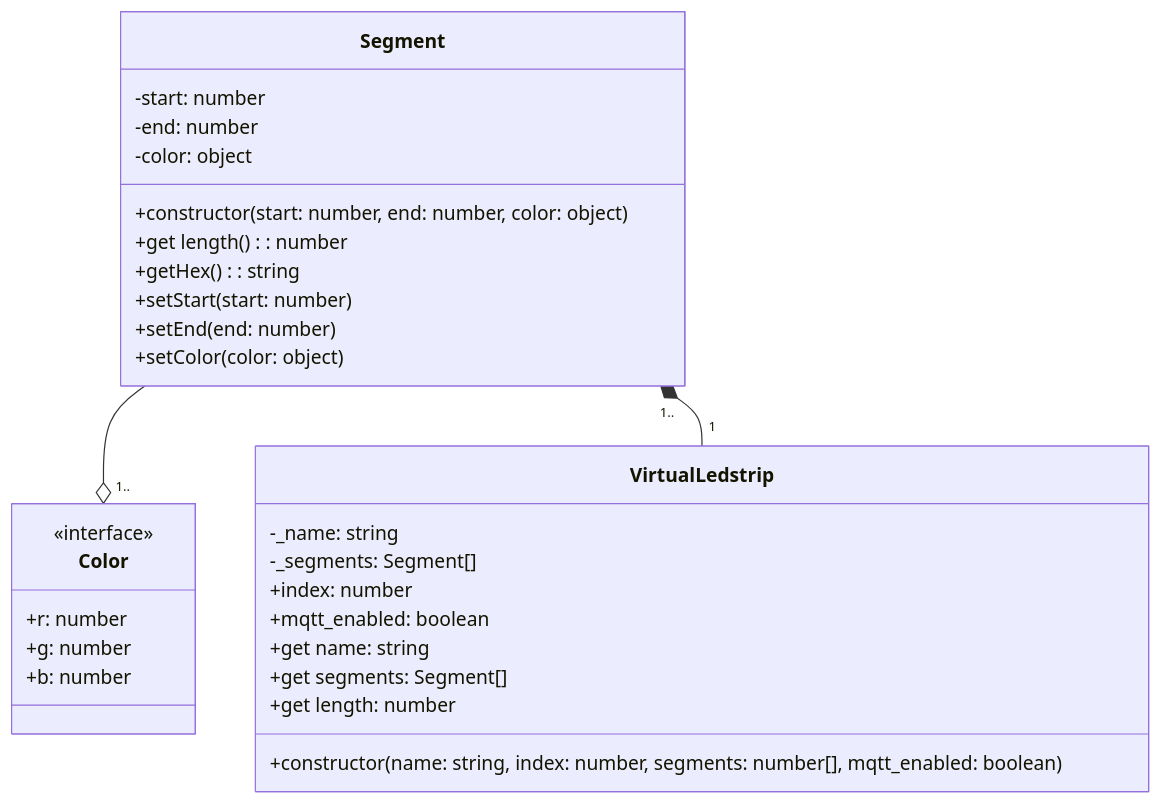
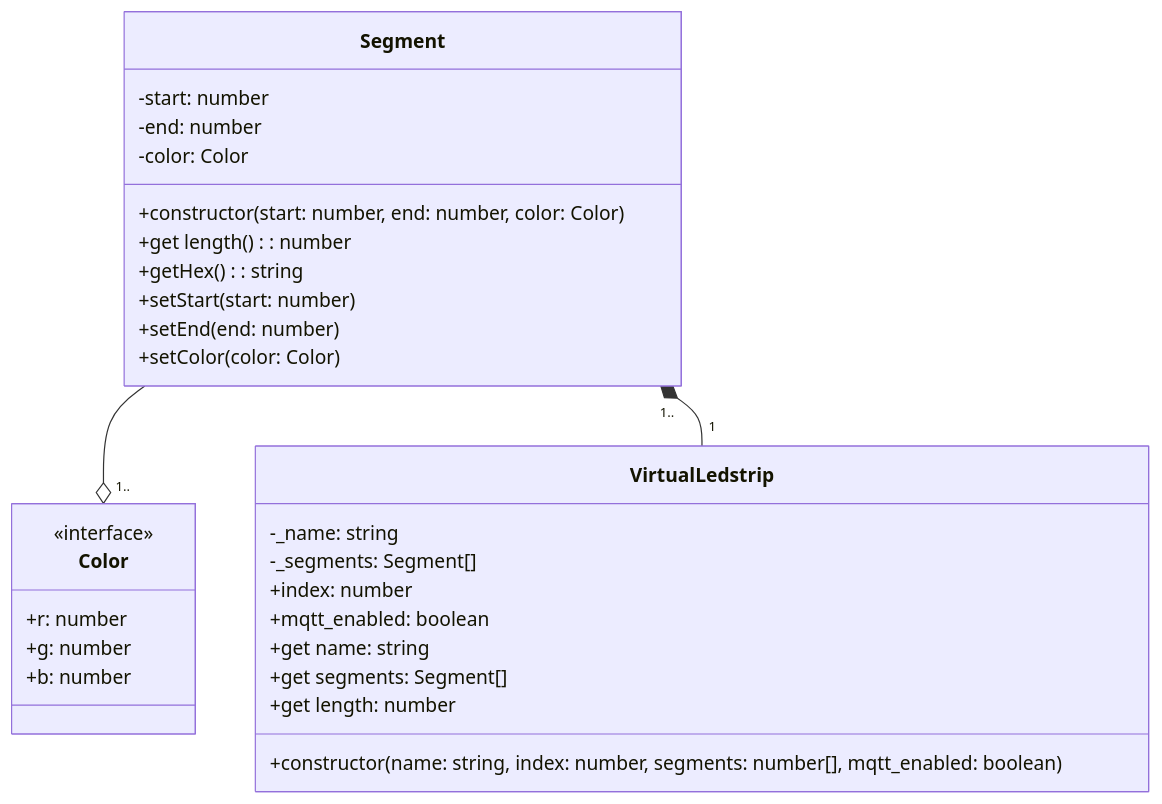
One commit to vives-project-xp/InteractiveCorridor changed the diagram in Backend/README.md. Above: the diagram before and after it, drawn with Mermaid.

Commit message:
Refactor Segment class to use Color class for color property

````diff
--- a/Backend/README.md
+++ b/Backend/README.md
@@ -5,36 +5,36 @@
 ```mermaid
 classDiagram
 
 class Segment {
     -start: number
     -end: number
-    -color: object
-    +constructor(start: number, end: number, color: object)
+    -color: Color
+    +constructor(start: number, end: number, color: Color)
     +get length(): number
     +getHex(): string
     +setStart(start: number)
     +setEnd(end: number)
-    +setColor(color: object)
+    +setColor(color: Color)
 }
 
 class Color {
     <<interface>>
     +r: number
     +g: number
     +b: number
 }
 
 class VirtualLedstrip{
     -_name: string
     -_segments: Segment[]
     +index: number
     +mqtt_enabled: boolean
     +get name: string
     +get segments: Segment[]
     +get length: number
     +constructor(name: string, index: number, segments: number[], mqtt_enabled: boolean)
 }
 
 Segment --o "1.." Color
 Segment "1.." *-- "1" VirtualLedstrip
 ```
````
